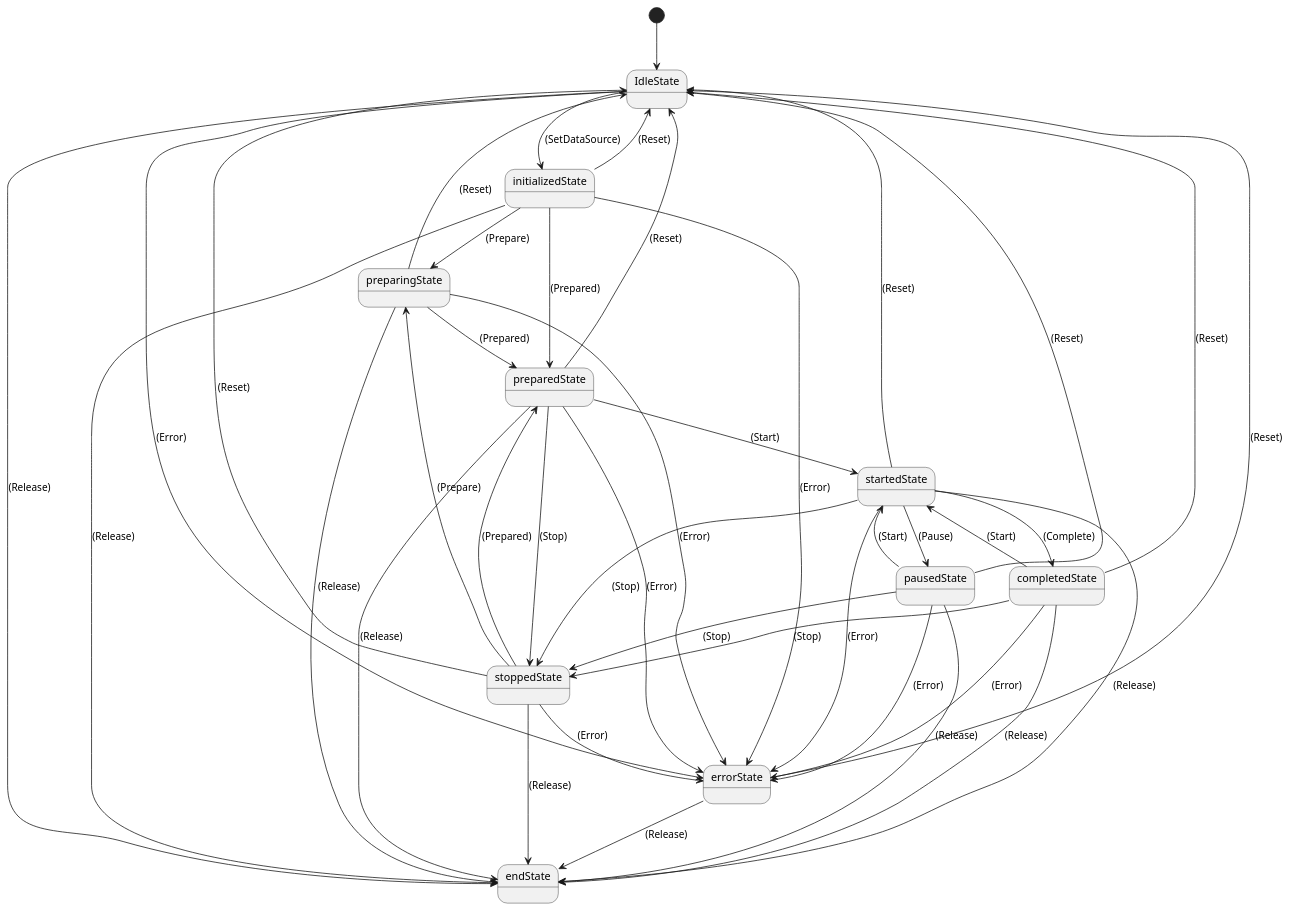
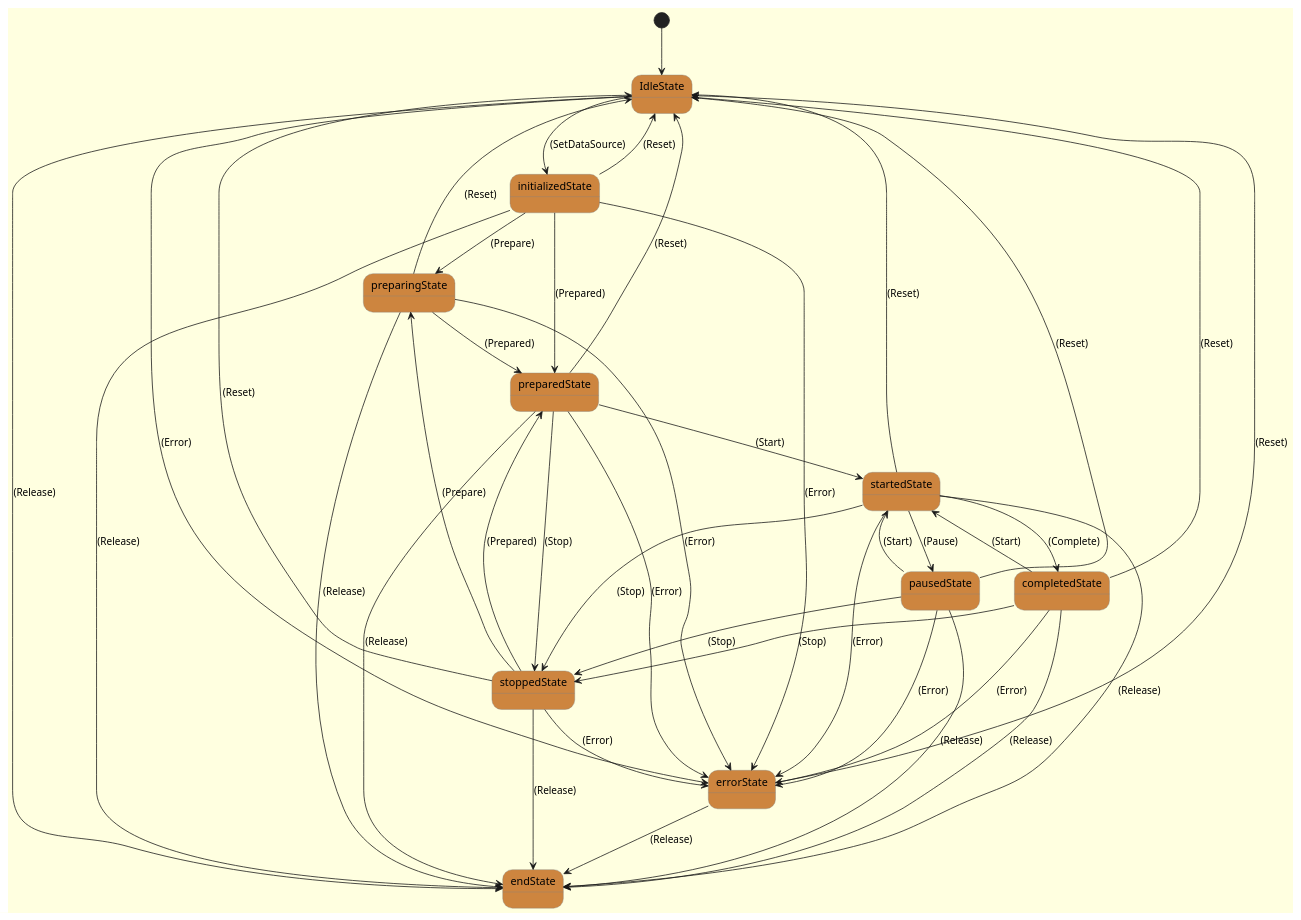
The diagram in beggarplayer-core/src/main/kotlin/com/beggar/beggarplayer/core/BeggarPlayerStates.puml (RicherLan/LanPlayer), drawn with PlantUML before and after one commit. The commit also changed 1 other file, not shown here.

```diff
--- a/beggarplayer-core/src/main/kotlin/com/beggar/beggarplayer/core/BeggarPlayerStates.puml
+++ b/beggarplayer-core/src/main/kotlin/com/beggar/beggarplayer/core/BeggarPlayerStates.puml
@@ -1,63 +1,72 @@
 @startuml
+    skinparam backgroundColor LightYellow
+    skinparam state {
+      StartColor MediumBlue
+      EndColor Red
+      BackgroundColor Peru
+      BackgroundColor<<Warning>> Olive
+      BorderColor Gray
+      FontName Impact
+    }
     [*]-->IdleState
     state IdleState{
     }
     state initializedState{
     }
     state preparingState{
     }
     state preparedState{
     }
     state startedState{
     }
     state pausedState{
     }
     state stoppedState{
     }
     state completedState{
     }
     state errorState{
     }
     state endState{
     }
     initializedState --> IdleState : (Reset)
     initializedState --> endState : (Release)
     initializedState --> errorState : (Error)
     initializedState --> preparingState : (Prepare)
     initializedState --> preparedState : (Prepared)
     preparingState --> IdleState : (Reset)
     preparingState --> endState : (Release)
     preparingState --> errorState : (Error)
     preparingState --> preparedState : (Prepared)
     preparedState --> IdleState : (Reset)
     preparedState --> endState : (Release)
     preparedState --> errorState : (Error)
     preparedState --> startedState : (Start)
     preparedState --> stoppedState : (Stop)
     startedState --> IdleState : (Reset)
     startedState --> endState : (Release)
     startedState --> errorState : (Error)
     startedState --> pausedState : (Pause)
     startedState --> stoppedState : (Stop)
     startedState --> completedState : (Complete)
     pausedState --> IdleState : (Reset)
     pausedState --> endState : (Release)
     pausedState --> errorState : (Error)
     pausedState --> startedState : (Start)
     pausedState --> stoppedState : (Stop)
     stoppedState --> IdleState : (Reset)
     stoppedState --> endState : (Release)
     stoppedState --> errorState : (Error)
     stoppedState --> preparingState : (Prepare)
     stoppedState --> preparedState : (Prepared)
     completedState --> IdleState : (Reset)
     completedState --> endState : (Release)
     completedState --> errorState : (Error)
     completedState --> startedState : (Start)
     completedState --> stoppedState : (Stop)
     errorState --> IdleState : (Reset)
     errorState --> endState : (Release)
     IdleState --> endState : (Release)
     IdleState --> errorState : (Error)
     IdleState --> initializedState : (SetDataSource)
     @enduml
```
